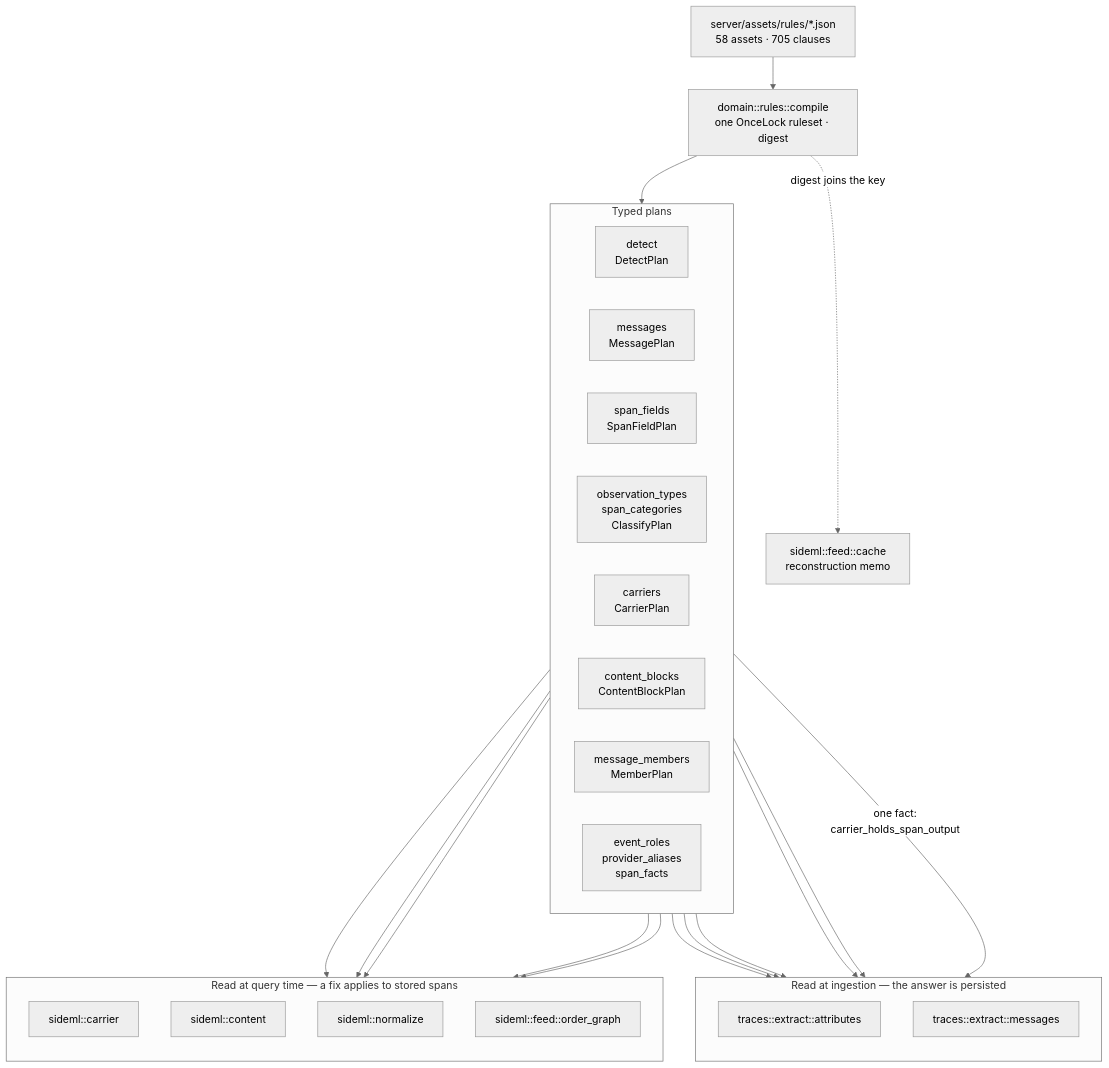
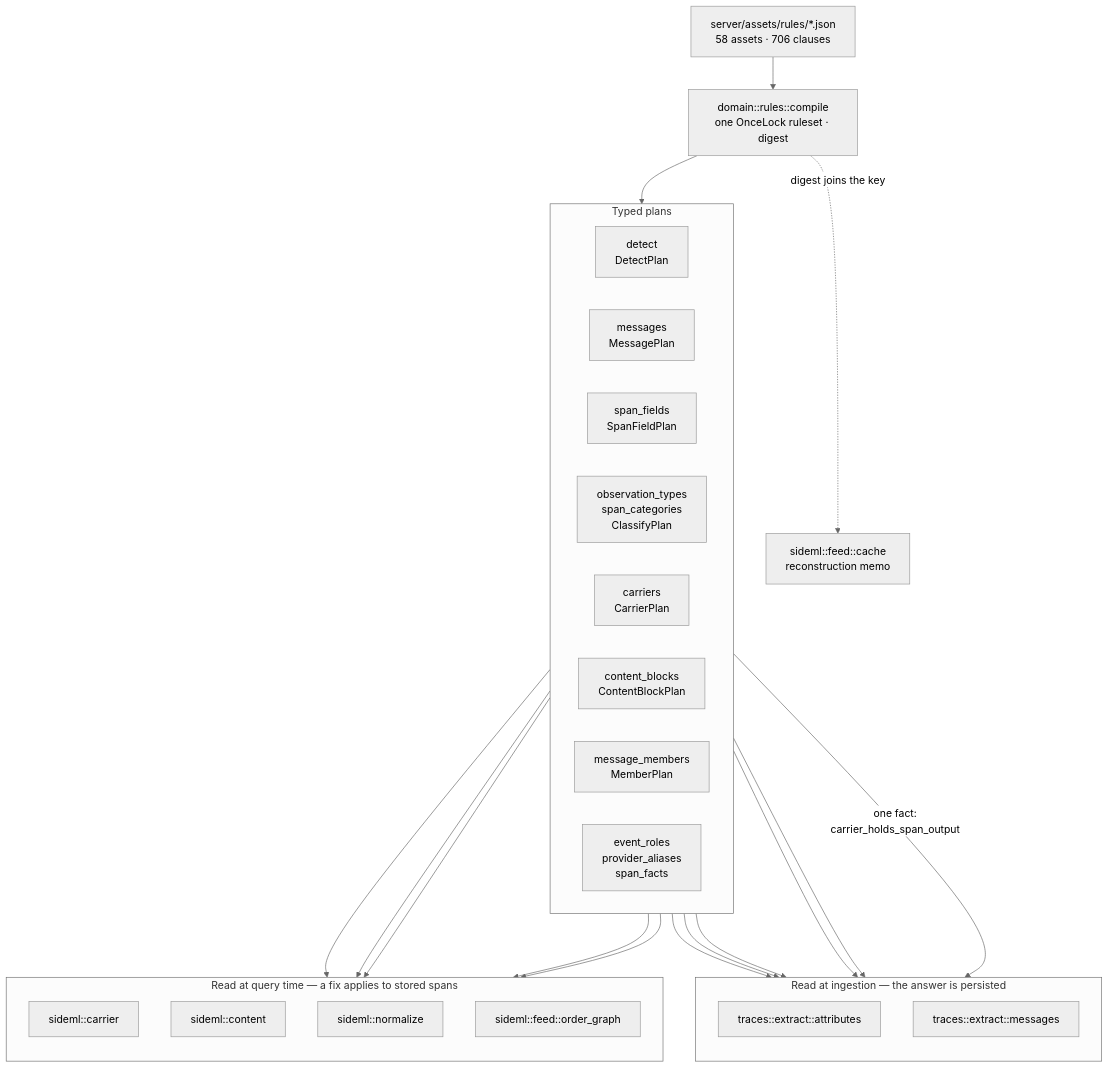
Before and after one commit to sideseat/sideseat: the first of 7 diagrams in docs/engineering/architecture-diagrams.md, drawn with Mermaid (neutral theme). The commit also changed 9 other files, not shown here.

````diff
--- a/docs/engineering/architecture-diagrams.md
+++ b/docs/engineering/architecture-diagrams.md
@@ -18,47 +18,47 @@
 ```mermaid
 flowchart TB
-    assets["server/assets/rules/*.json<br/>58 assets · 705 clauses"]
+    assets["server/assets/rules/*.json<br/>58 assets · 706 clauses"]
     compile["domain::rules::compile<br/>one OnceLock ruleset · digest"]
     assets --> compile
 
     subgraph plans["Typed plans"]
         direction LR
         detect["detect<br/>DetectPlan"]
         messages["messages<br/>MessagePlan"]
         fields["span_fields<br/>SpanFieldPlan"]
         classify["observation_types<br/>span_categories<br/>ClassifyPlan"]
         carriers["carriers<br/>CarrierPlan"]
         blocks["content_blocks<br/>ContentBlockPlan"]
         members["message_members<br/>MemberPlan"]
         roles["event_roles<br/>provider_aliases<br/>span_facts"]
     end
     compile --> plans
 
     subgraph ingest["Read at ingestion — the answer is persisted"]
         direction TB
         attrs["traces::extract::attributes"]
         msgs["traces::extract::messages"]
     end
 
     subgraph query["Read at query time — a fix applies to stored spans"]
         direction TB
         carrier["sideml::carrier"]
         content["sideml::content"]
         normalize["sideml::normalize"]
         order["sideml::feed::order_graph"]
     end
 
     detect --> attrs
     fields --> attrs
     classify --> attrs
     roles --> attrs
     messages --> msgs
     carriers -->|"one fact:<br/>carrier_holds_span_output"| msgs
     carriers --> carrier
     carriers --> order
     blocks --> content
     members --> content
     roles --> normalize
 
     compile -. "digest joins the key" .-> cache["sideml::feed::cache<br/>reconstruction memo"]
 ```
````
